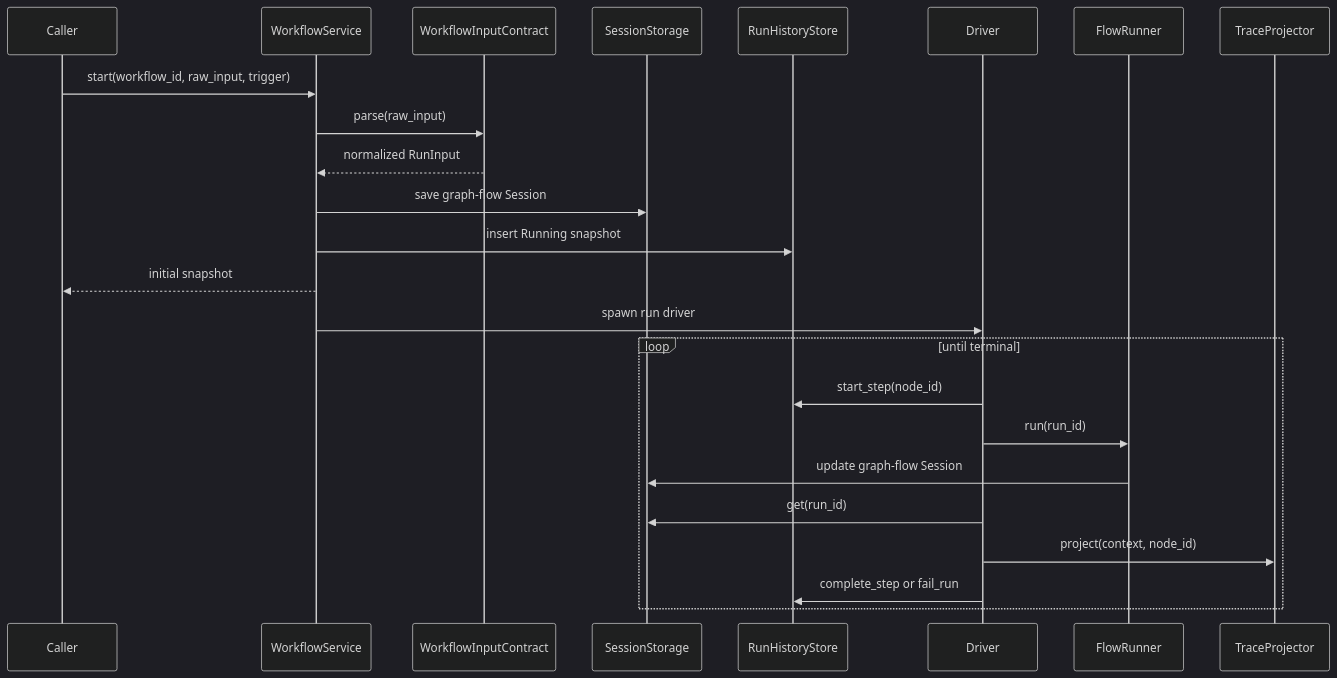
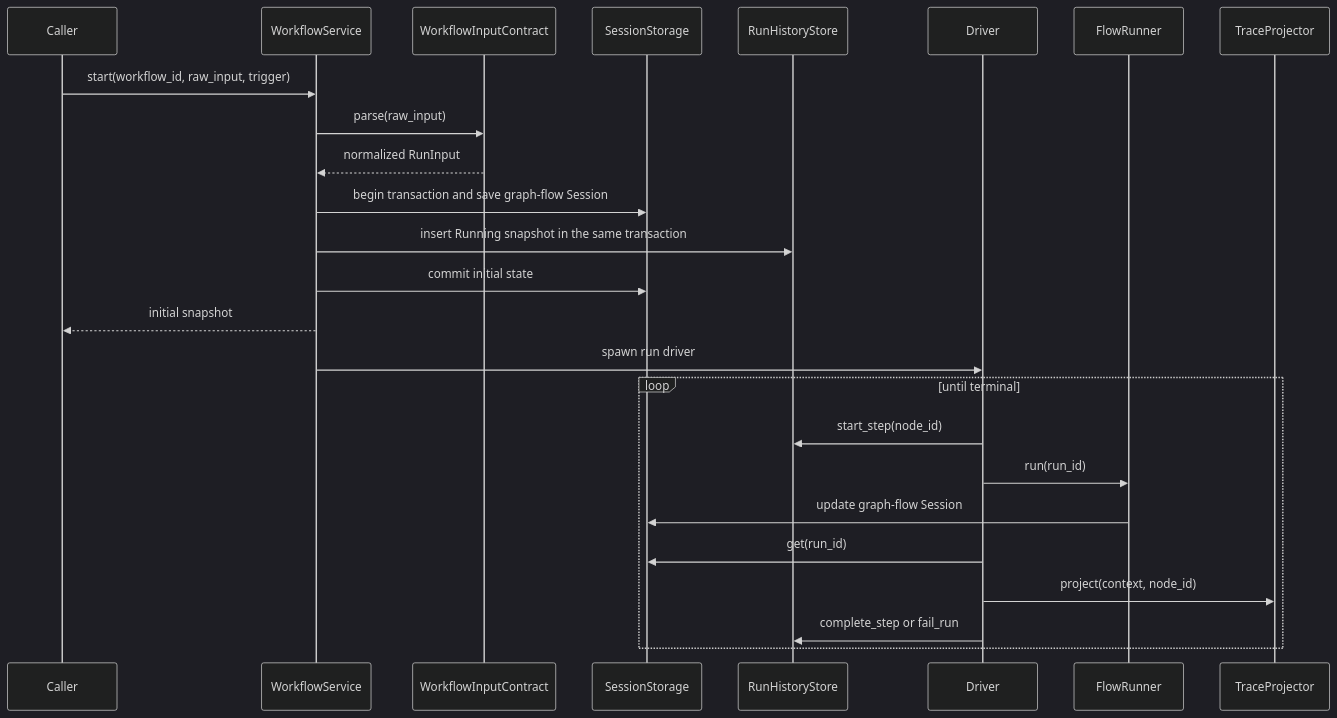
One commit to totto2727-org/flowdeck changed the second of 2 diagrams in docs/architecture.md. Above: the diagram before and after it, drawn with Mermaid (dark theme). The commit also changed other lines of this file and 1 other file, not shown here.

Commit message:
docs: align SQLite design with validated storage implementation

````diff
--- a/docs/architecture.md
+++ b/docs/architecture.md
@@ -151,27 +151,28 @@
 ```mermaid
 sequenceDiagram
     participant Caller
     participant Service as WorkflowService
     participant Input as WorkflowInputContract
     participant Storage as SessionStorage
     participant History as RunHistoryStore
     participant Driver
     participant Runner as FlowRunner
     participant Projector as TraceProjector
 
     Caller->>Service: start(workflow_id, raw_input, trigger)
     Service->>Input: parse(raw_input)
     Input-->>Service: normalized RunInput
-    Service->>Storage: save graph-flow Session
-    Service->>History: insert Running snapshot
+    Service->>Storage: begin transaction and save graph-flow Session
+    Service->>History: insert Running snapshot in the same transaction
+    Service->>Storage: commit initial state
     Service-->>Caller: initial snapshot
     Service->>Driver: spawn run driver
     loop until terminal
         Driver->>History: start_step(node_id)
         Driver->>Runner: run(run_id)
         Runner->>Storage: update graph-flow Session
         Driver->>Storage: get(run_id)
         Driver->>Projector: project(context, node_id)
         Driver->>History: complete_step or fail_run
     end
 ```
````
